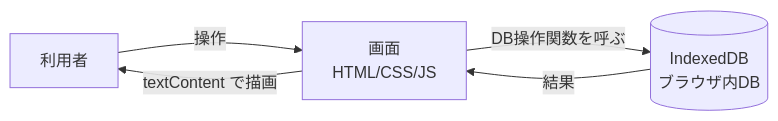
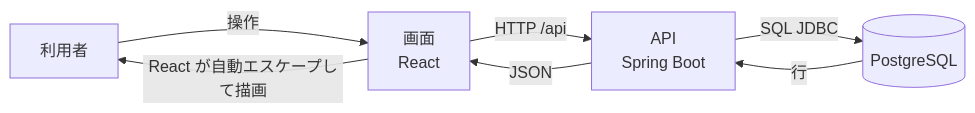
The second of 2 diagrams in docs/06_データベース設計.md (Haruki41/github-study), drawn with Mermaid before and after one commit. The commit also changed other lines of this file and 9 other files, not shown here.

First line of the commit message:
要件ドキュメントを実際の構成（React・API・PostgreSQL）に合わせて更新 (#8)

````diff
--- a/docs/06_データベース設計.md
+++ b/docs/06_データベース設計.md
@@ -63,7 +65,9 @@
 ```mermaid
 flowchart LR
-    U[利用者] -->|操作| B[画面<br/>HTML/CSS/JS]
-    B -->|DB操作関数を呼ぶ| D[(IndexedDB<br/>ブラウザ内DB)]
-    D -->|結果| B
-    B -->|textContent で描画| U
+    U[利用者] -->|操作| B[画面<br/>React]
+    B -->|HTTP /api| A[API<br/>Spring Boot]
+    A -->|SQL JDBC| D[(PostgreSQL)]
+    D -->|行| A
+    A -->|JSON| B
+    B -->|React が自動エスケープして描画| U
 ```
````
